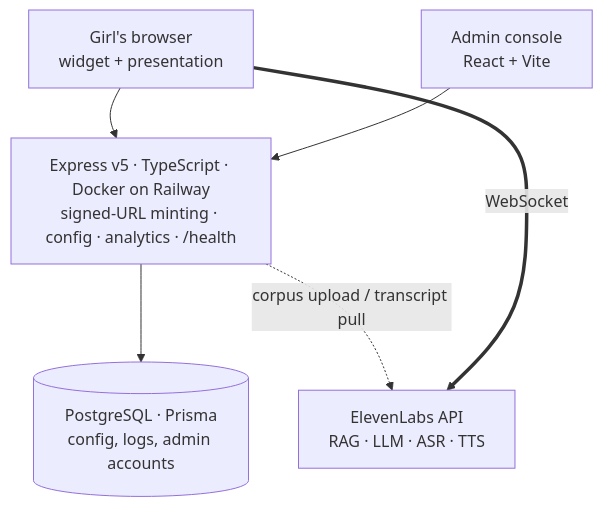
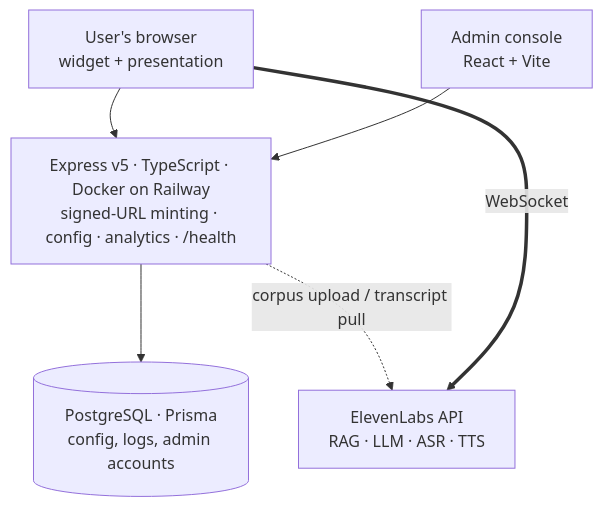
One commit to philipkimani/bonga-nami changed the second of 2 diagrams in README.md. Above: the diagram before and after it, drawn with Mermaid. The commit also changed other lines of this file and 9 other files, not shown here.

````diff
--- a/README.md
+++ b/README.md
@@ -122,9 +126,9 @@
 ```mermaid
 flowchart TB
-    G["Girl's browser<br/>widget + presentation"] --> S
+    G["User's browser<br/>widget + presentation"] --> S
     A["Admin console<br/>React + Vite"] --> S
     S["Express v5 · TypeScript · Docker on Railway<br/>signed-URL minting · config · analytics · /health"]
     S --> D[("PostgreSQL · Prisma<br/>config, logs, admin accounts")]
     S -.corpus upload / transcript pull.-> E["ElevenLabs API<br/>RAG · LLM · ASR · TTS"]
     G ==WebSocket==> E
 ```
````
